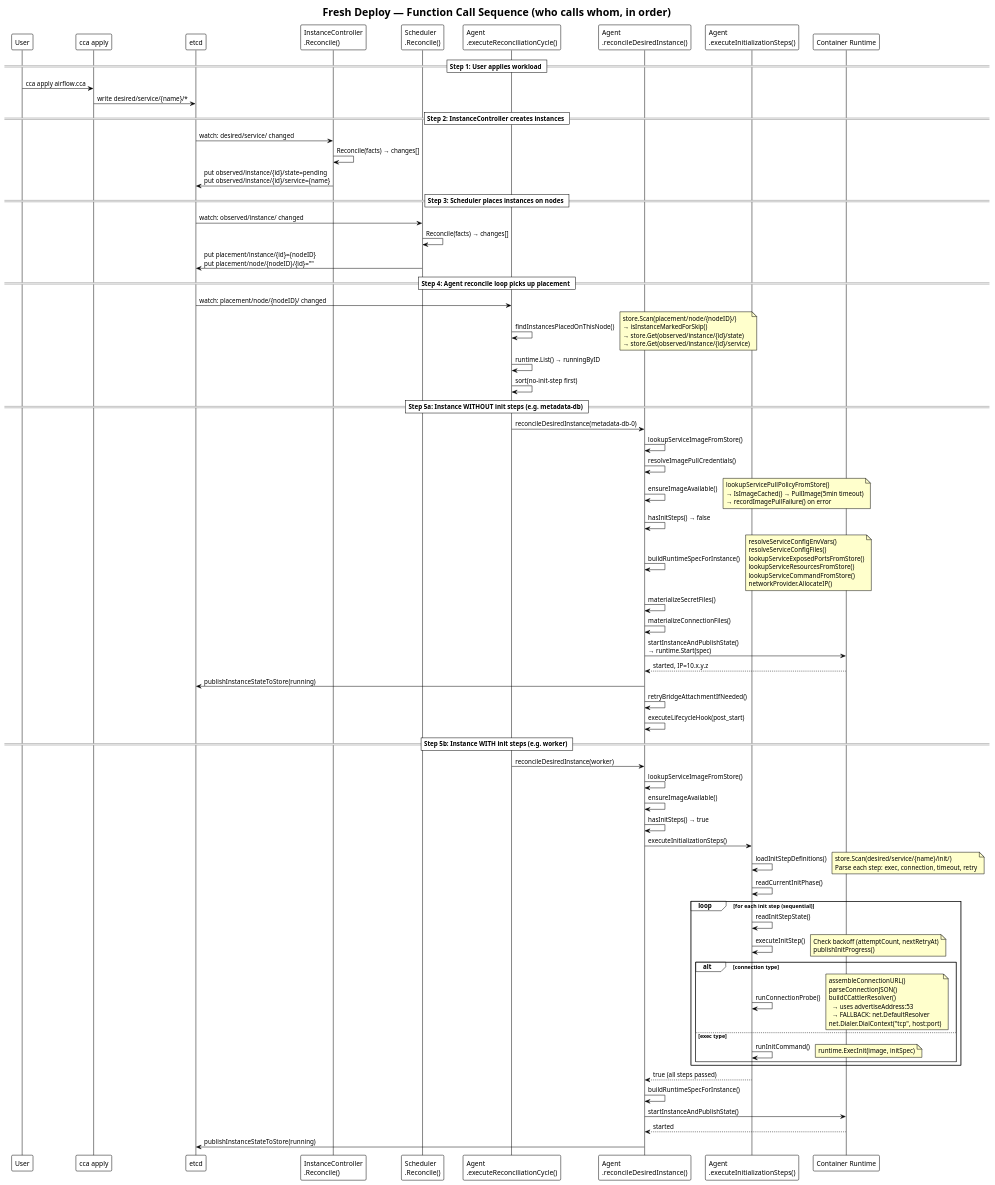
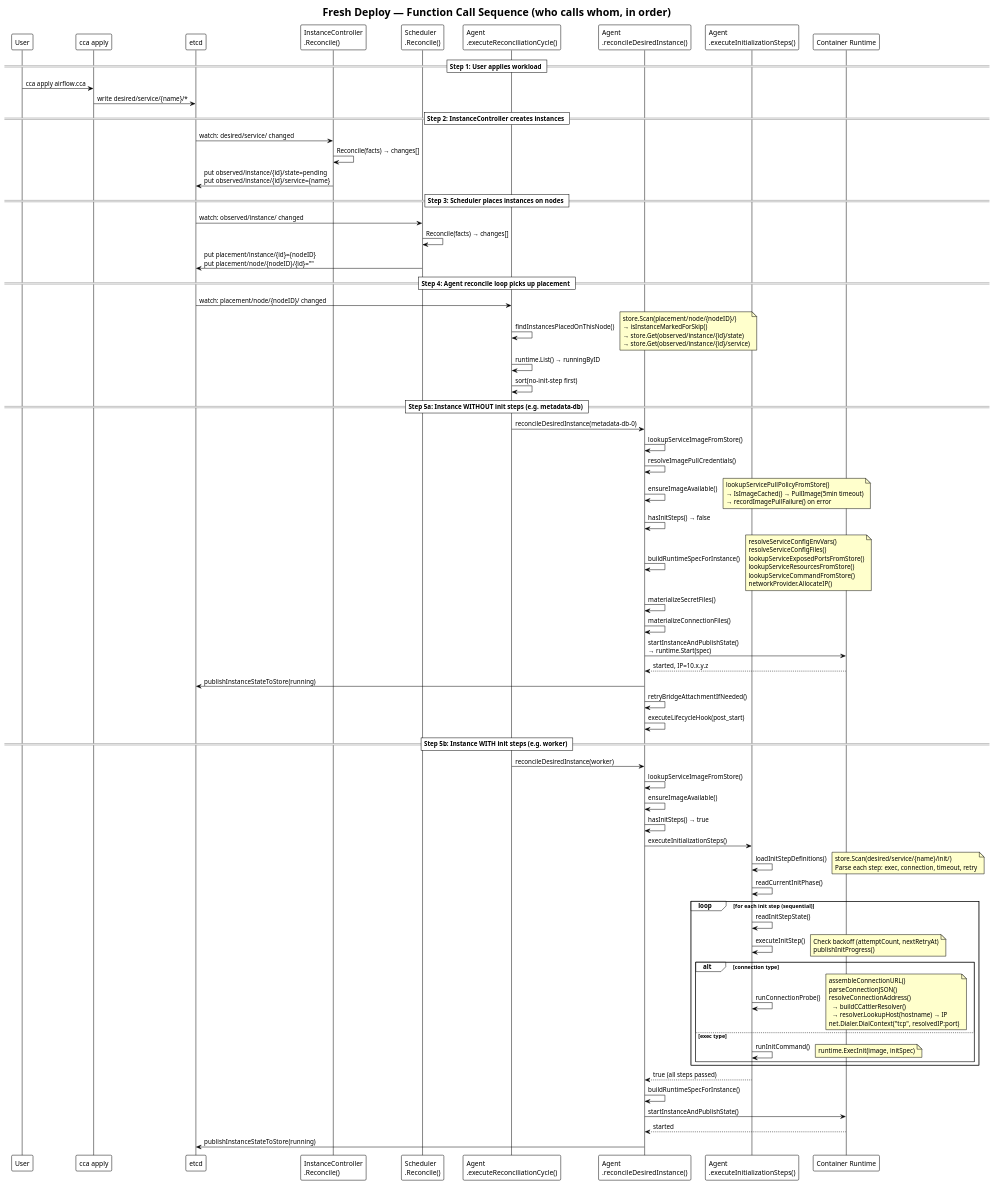
One commit to boyadzhievb/ccattler changed the third of 3 diagrams in design/agent-reconcile-flow.puml. Above: the diagram before and after it, drawn with PlantUML. The commit also changed other lines of this file and 1 other file, not shown here.

First line of the commit message:
M150: Add reverse index, data flow, error paths, ordering constraints to call graph

```diff
--- a/design/agent-reconcile-flow.puml
+++ b/design/agent-reconcile-flow.puml
@@ -350,117 +359,117 @@
 @startuml fresh-deploy-call-sequence
 !theme plain
 title Fresh Deploy — Function Call Sequence (who calls whom, in order)
 
 skinparam defaultTextAlignment left
 skinparam noteBackgroundColor #ffffcc
 
 participant "User" as user
 participant "cca apply" as apply
 participant "etcd" as etcd
 participant "InstanceController\n.Reconcile()" as ic
 participant "Scheduler\n.Reconcile()" as sched
 participant "Agent\n.executeReconciliationCycle()" as agent
 participant "Agent\n.reconcileDesiredInstance()" as startup
 participant "Agent\n.executeInitializationSteps()" as init
 participant "Container Runtime" as rt
 
 == Step 1: User applies workload ==
 user -> apply : cca apply airflow.cca
 apply -> etcd : write desired/service/{name}/*
 
 == Step 2: InstanceController creates instances ==
 etcd -> ic : watch: desired/service/ changed
 ic -> ic : Reconcile(facts) → changes[]
 ic -> etcd : put observed/instance/{id}/state=pending\nput observed/instance/{id}/service={name}
 
 == Step 3: Scheduler places instances on nodes ==
 etcd -> sched : watch: observed/instance/ changed
 sched -> sched : Reconcile(facts) → changes[]
 sched -> etcd : put placement/instance/{id}={nodeID}\nput placement/node/{nodeID}/{id}=""
 
 == Step 4: Agent reconcile loop picks up placement ==
 etcd -> agent : watch: placement/node/{nodeID}/ changed
 agent -> agent : findInstancesPlacedOnThisNode()
 note right
   store.Scan(placement/node/{nodeID}/)
   → isInstanceMarkedForSkip()
   → store.Get(observed/instance/{id}/state)
   → store.Get(observed/instance/{id}/service)
 end note
 agent -> agent : runtime.List() → runningByID
 agent -> agent : sort(no-init-step first)
 
 == Step 5a: Instance WITHOUT init steps (e.g. metadata-db) ==
 agent -> startup : reconcileDesiredInstance(metadata-db-0)
 startup -> startup : lookupServiceImageFromStore()
 startup -> startup : resolveImagePullCredentials()
 startup -> startup : ensureImageAvailable()
 note right
   lookupServicePullPolicyFromStore()
   → IsImageCached() → PullImage(5min timeout)
   → recordImagePullFailure() on error
 end note
 startup -> startup : hasInitSteps() → false
 startup -> startup : buildRuntimeSpecForInstance()
 note right
   resolveServiceConfigEnvVars()
   resolveServiceConfigFiles()
   lookupServiceExposedPortsFromStore()
   lookupServiceResourcesFromStore()
   lookupServiceCommandFromStore()
   networkProvider.AllocateIP()
 end note
 startup -> startup : materializeSecretFiles()
 startup -> startup : materializeConnectionFiles()
 startup -> rt : startInstanceAndPublishState()\n→ runtime.Start(spec)
 rt --> startup : started, IP=10.x.y.z
 startup -> etcd : publishInstanceStateToStore(running)
 startup -> startup : retryBridgeAttachmentIfNeeded()
 startup -> startup : executeLifecycleHook(post_start)
 
 == Step 5b: Instance WITH init steps (e.g. worker) ==
 agent -> startup : reconcileDesiredInstance(worker)
 startup -> startup : lookupServiceImageFromStore()
 startup -> startup : ensureImageAvailable()
 startup -> startup : hasInitSteps() → true
 startup -> init : executeInitializationSteps()
 init -> init : loadInitStepDefinitions()
 note right
   store.Scan(desired/service/{name}/init/)
   Parse each step: exec, connection, timeout, retry
 end note
 init -> init : readCurrentInitPhase()
 
 loop for each init step (sequential)
   init -> init : readInitStepState()
   init -> init : executeInitStep()
   note right
     Check backoff (attemptCount, nextRetryAt)
     publishInitProgress()
   end note
 
   alt connection type
     init -> init : runConnectionProbe()
     note right
       assembleConnectionURL()
       parseConnectionJSON()
-      buildCCattlerResolver()
-        → uses advertiseAddress:53
-        → FALLBACK: net.DefaultResolver
-      net.Dialer.DialContext("tcp", host:port)
+      resolveConnectionAddress()
+        → buildCCattlerResolver()
+        → resolver.LookupHost(hostname) → IP
+      net.Dialer.DialContext("tcp", resolvedIP:port)
     end note
   else exec type
     init -> init : runInitCommand()
     note right
       runtime.ExecInit(image, initSpec)
     end note
   end
 end
 
 init --> startup : true (all steps passed)
 startup -> startup : buildRuntimeSpecForInstance()
 startup -> rt : startInstanceAndPublishState()
 rt --> startup : started
 startup -> etcd : publishInstanceStateToStore(running)
 
 @enduml
```
